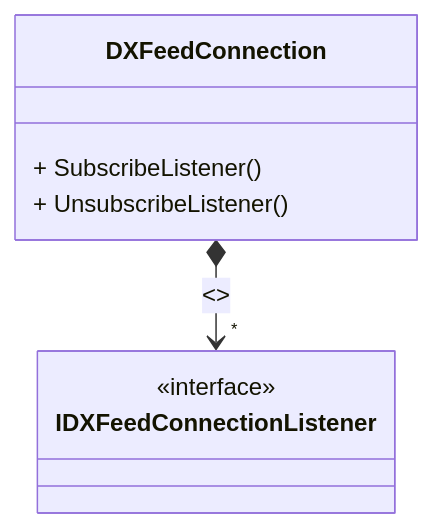
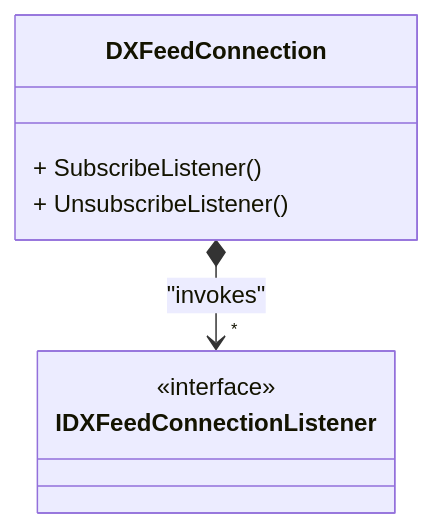
The first of 3 diagrams in Doc/Details/connection.md (nikolaygekht/DXFeed.Net), drawn with Mermaid before and after one commit.

````diff
--- a/Doc/Details/connection.md
+++ b/Doc/Details/connection.md
@@ -25,13 +25,13 @@
 ```mermaid
 classDiagram
 
 class DXFeedConnection {
     + SubscribeListener()
     + UnsubscribeListener()
 }
 
 class IDXFeedConnectionListener
 <<interface>>IDXFeedConnectionListener
 
-DXFeedConnection *--> "*" IDXFeedConnectionListener : <<invokes>>
+DXFeedConnection *--> "*" IDXFeedConnectionListener : "invokes"
 ```
````
